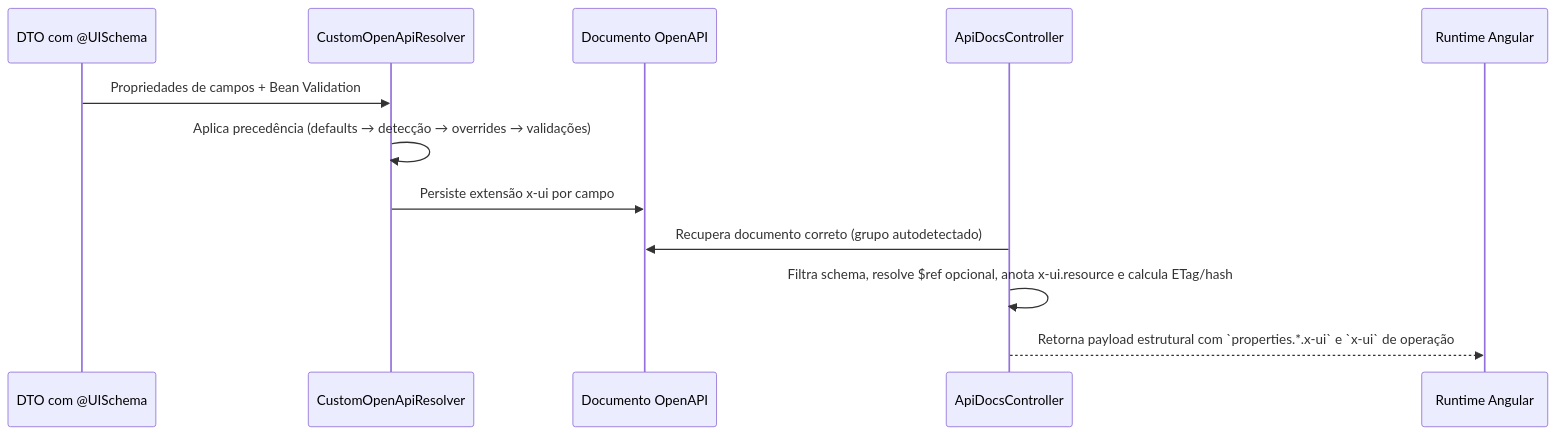
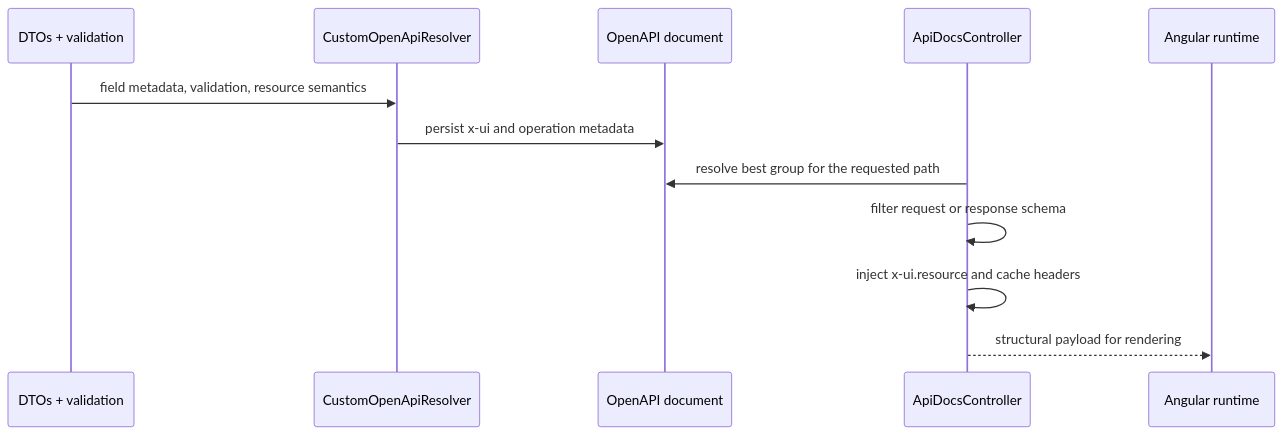
One commit to codexrodrigues/praxis-metadata-starter changed the second of 3 diagrams in docs/architecture-overview.md. Above: the diagram before and after it, drawn with Mermaid. The commit also changed other lines of this file and 26 other files, not shown here.

````diff
--- a/docs/architecture-overview.md
+++ b/docs/architecture-overview.md
@@ -38,15 +106,15 @@
 ```mermaid
 sequenceDiagram
-    participant DTO as DTO com @UISchema
+    participant DTO as DTOs + validation
     participant Resolver as CustomOpenApiResolver
-    participant OpenAPI as Documento OpenAPI
+    participant OpenAPI as OpenAPI document
     participant Docs as ApiDocsController
-    participant UI as Runtime Angular
+    participant Runtime as Angular runtime
 
-    DTO->>Resolver: Propriedades de campos + Bean Validation
-    Resolver->>Resolver: Aplica precedência (defaults → detecção → overrides → validações)
-    Resolver->>OpenAPI: Persiste extensão x-ui por campo
-    Docs->>OpenAPI: Recupera documento correto (grupo autodetectado)
-    Docs->>Docs: Filtra schema, resolve $ref opcional, anota x-ui.resource e calcula ETag/hash
-    Docs-->>UI: Retorna payload estrutural com `properties.*.x-ui` e `x-ui` de operação
+    DTO->>Resolver: field metadata, validation, resource semantics
+    Resolver->>OpenAPI: persist x-ui and operation metadata
+    Docs->>OpenAPI: resolve best group for the requested path
+    Docs->>Docs: filter request or response schema
+    Docs->>Docs: inject x-ui.resource and cache headers
+    Docs-->>Runtime: structural payload for rendering
 ```
````
